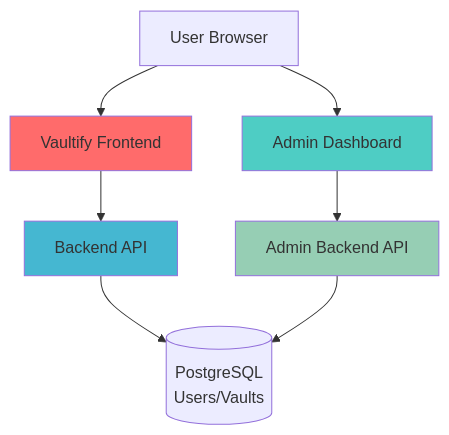
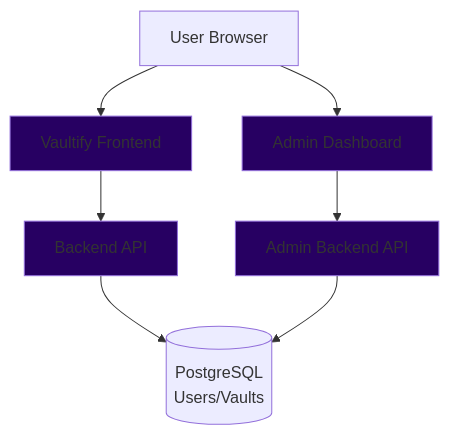
The diagram in README.md (NeoLynX-here/vaultify), drawn with Mermaid before and after one commit. The commit also changed other lines of this file, not shown here.

````diff
--- a/README.md
+++ b/README.md
@@ -33,16 +33,16 @@
 ```mermaid
 graph TB
     A[User Browser] --> B[Vaultify Frontend]
     A --> C[Admin Dashboard]
     
     B --> D[Backend API]
     C --> E[Admin Backend API]
     
     D --> F[(PostgreSQL<br/>Users/Vaults)]
     E --> F
     
-    style B fill:#ff6b6b
-    style C fill:#4ecdc4
-    style D fill:#45b7d1
-    style E fill:#96ceb4
+    style B fill:#270062
+    style C fill:#270062
+    style D fill:#270062
+    style E fill:#270062
 ```
````
